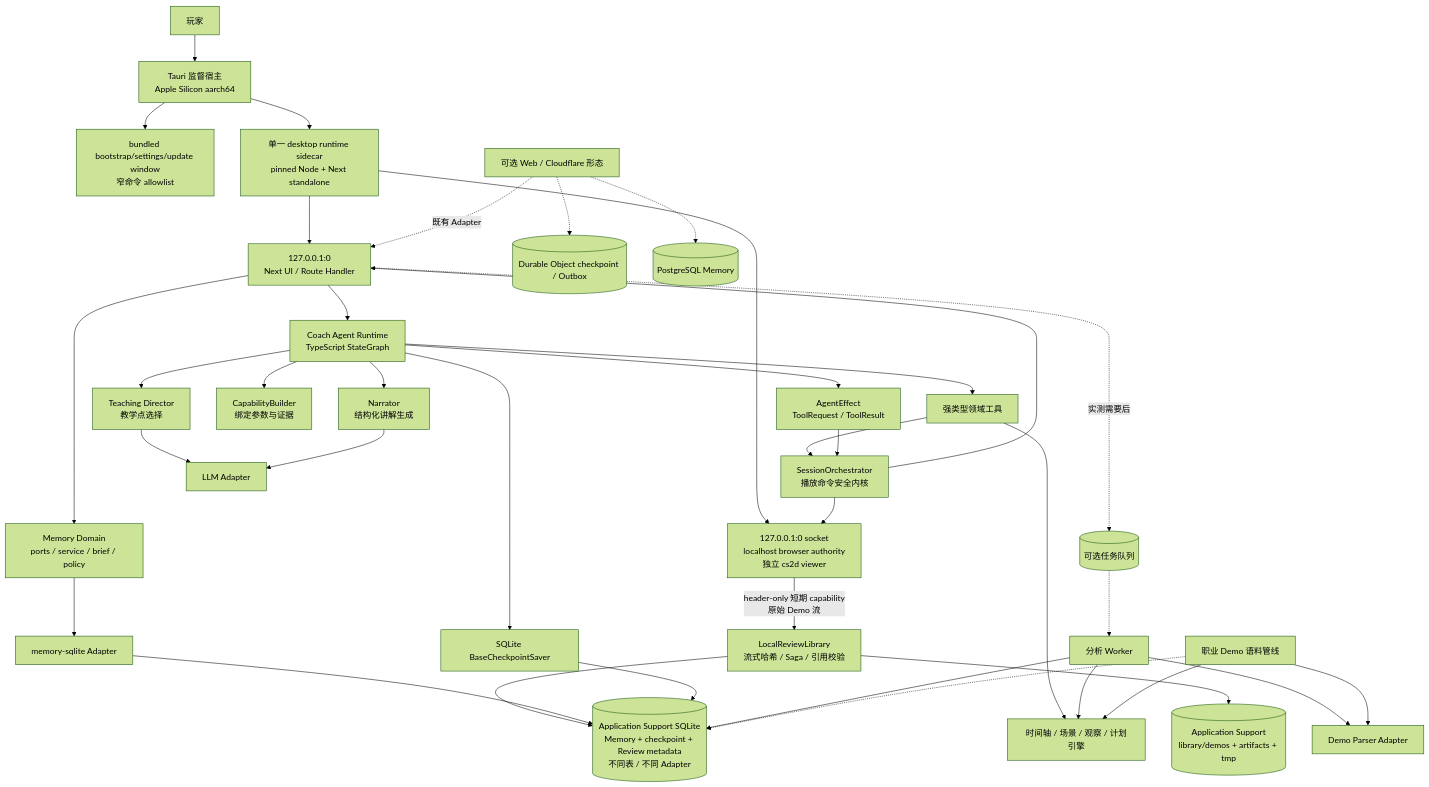
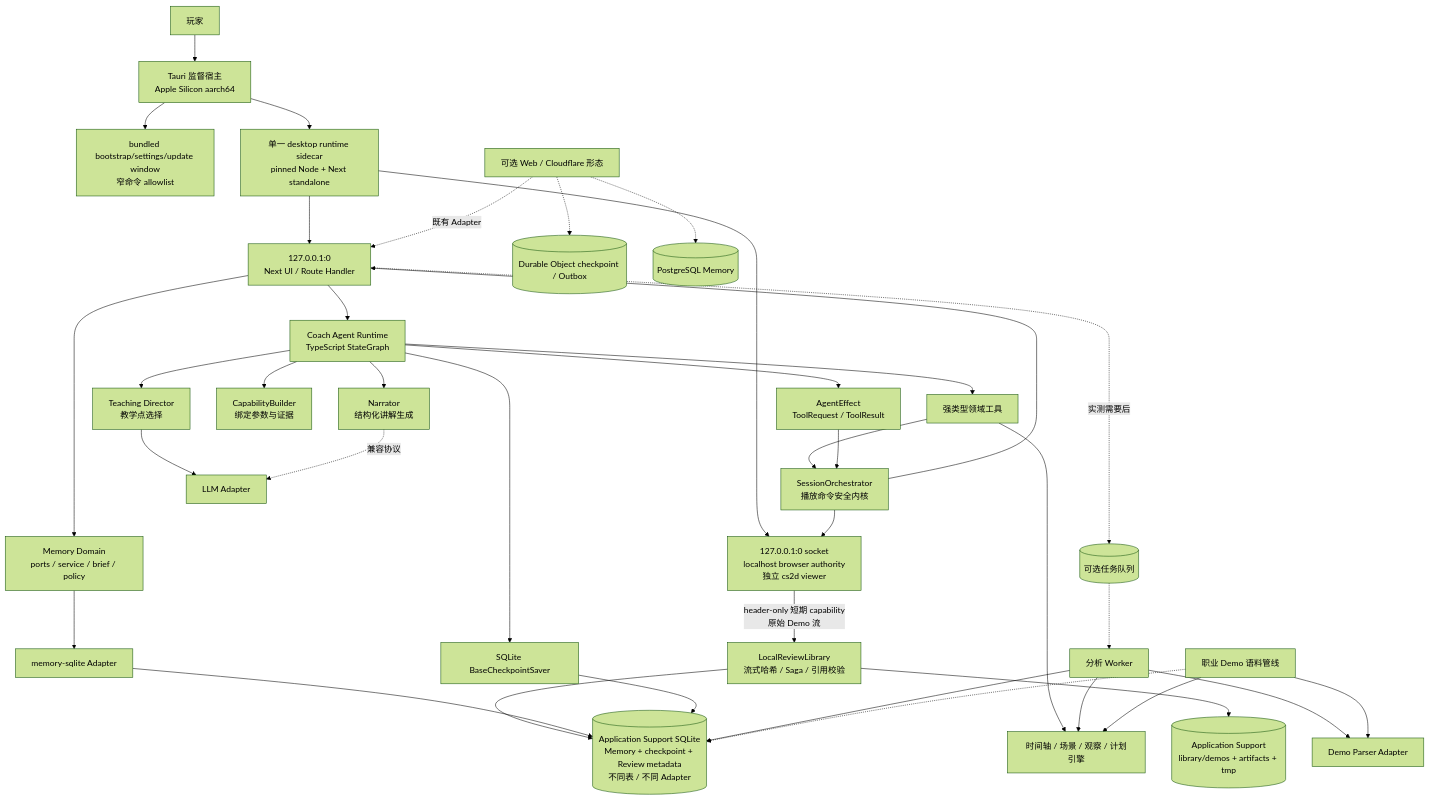
The first of 4 diagrams in ARCHITECTURE.md (Vek-John/CS-agent), drawn with Mermaid (forest theme) before and after one commit. The commit also changed other lines of this file and 9 other files, not shown here.

````diff
--- a/ARCHITECTURE.md
+++ b/ARCHITECTURE.md
@@ -246,41 +246,41 @@
 ```mermaid
 flowchart TB
     User["玩家"] --> Desktop["Tauri 监督宿主\nApple Silicon aarch64"]
     Desktop --> Bootstrap["bundled bootstrap/settings/update window\n窄命令 allowlist"]
     Desktop --> Sidecar["单一 desktop runtime sidecar\npinned Node + Next standalone"]
     Sidecar --> Host["127.0.0.1:0\nNext UI / Route Handler"]
     Sidecar --> Viewer["127.0.0.1:0 socket\nlocalhost browser authority\n独立 cs2d viewer"]
     Viewer -->|"header-only 短期 capability\n原始 Demo 流"| Library["LocalReviewLibrary\n流式哈希 / Saga / 引用校验"]
     Library --> ManagedFiles[("Application Support\nlibrary/demos + artifacts + tmp")]
     Library --> SQLite
     Host --> Runtime["Coach Agent Runtime\nTypeScript StateGraph"]
     Host --> Memory["Memory Domain\nports / service / brief / policy"]
     Memory --> SQLiteAdapter["memory-sqlite Adapter"]
     SQLiteAdapter --> SQLite[("Application Support SQLite\nMemory + checkpoint + Review metadata\n不同表 / 不同 Adapter")]
     Runtime --> SQLiteSaver["SQLite BaseCheckpointSaver"]
     SQLiteSaver --> SQLite
     Runtime --> Director["Teaching Director\n教学点选择"]
     Runtime --> Narrator["Narrator\n结构化讲解生成"]
     Runtime --> Capability["CapabilityBuilder\n绑定参数与证据"]
     Runtime --> Tools["强类型领域工具"]
     Tools --> Domain["时间轴 / 场景 / 观察 / 计划引擎"]
     Tools --> Playback["SessionOrchestrator\n播放命令安全内核"]
     Playback --> Host
     Playback --> Viewer
     Director --> LLM["LLM Adapter"]
-    Narrator --> LLM
+    Narrator -.->|兼容协议| LLM
     Runtime --> Effect["AgentEffect\nToolRequest / ToolResult"]
     Effect --> Playback
     Web["可选 Web / Cloudflare 形态"] -. 既有 Adapter .-> Host
     Web -.-> DO[("Durable Object checkpoint / Outbox")]
     Web -.-> PG[("PostgreSQL Memory")]
     Host -. 实测需要后 .-> Queue[("可选任务队列")]
     Queue -.-> Worker["分析 Worker"]
     Worker --> Parser["Demo Parser Adapter"]
     Worker --> Domain
     Worker --> SQLite
 
     Corpus["职业 Demo 语料管线"] --> Parser
     Corpus --> Domain
     Corpus -.-> SQLite
 ```
````
